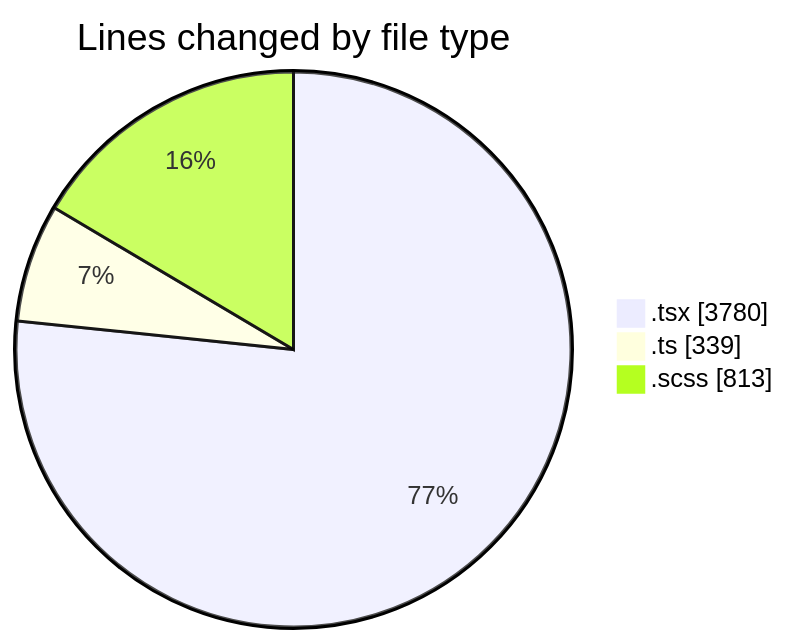
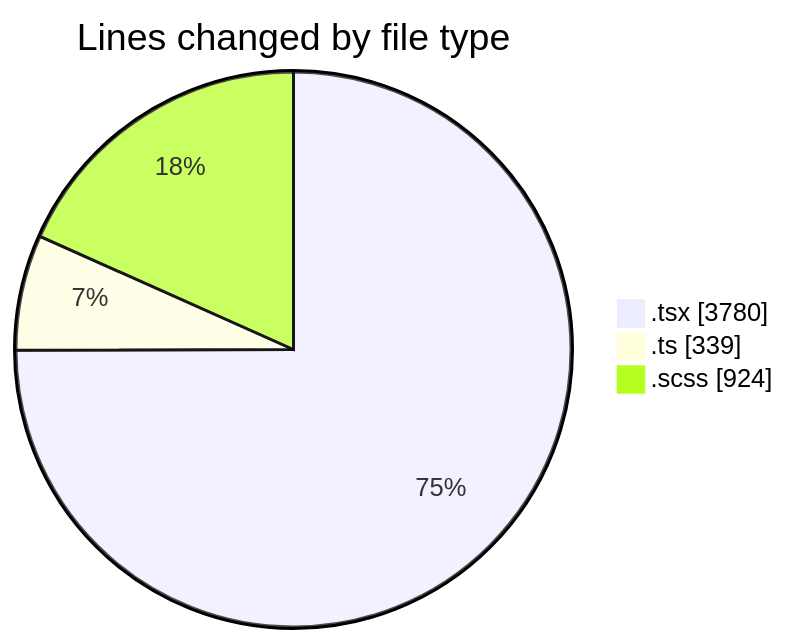
Before and after one commit to momahboobian/code-tracking: the first of 2 diagrams in 2025-07-08/cda/README.md, drawn with Mermaid. The commit also changed other lines of this file and 1 other file, not shown here.

````diff
--- a/2025-07-08/cda/README.md
+++ b/2025-07-08/cda/README.md
@@ -46,7 +47,7 @@
 ```mermaid
 pie showData
 title Lines changed by file type
 ".tsx" : 3780
 ".ts" : 339
-".scss" : 813
+".scss" : 924
 ```
````
